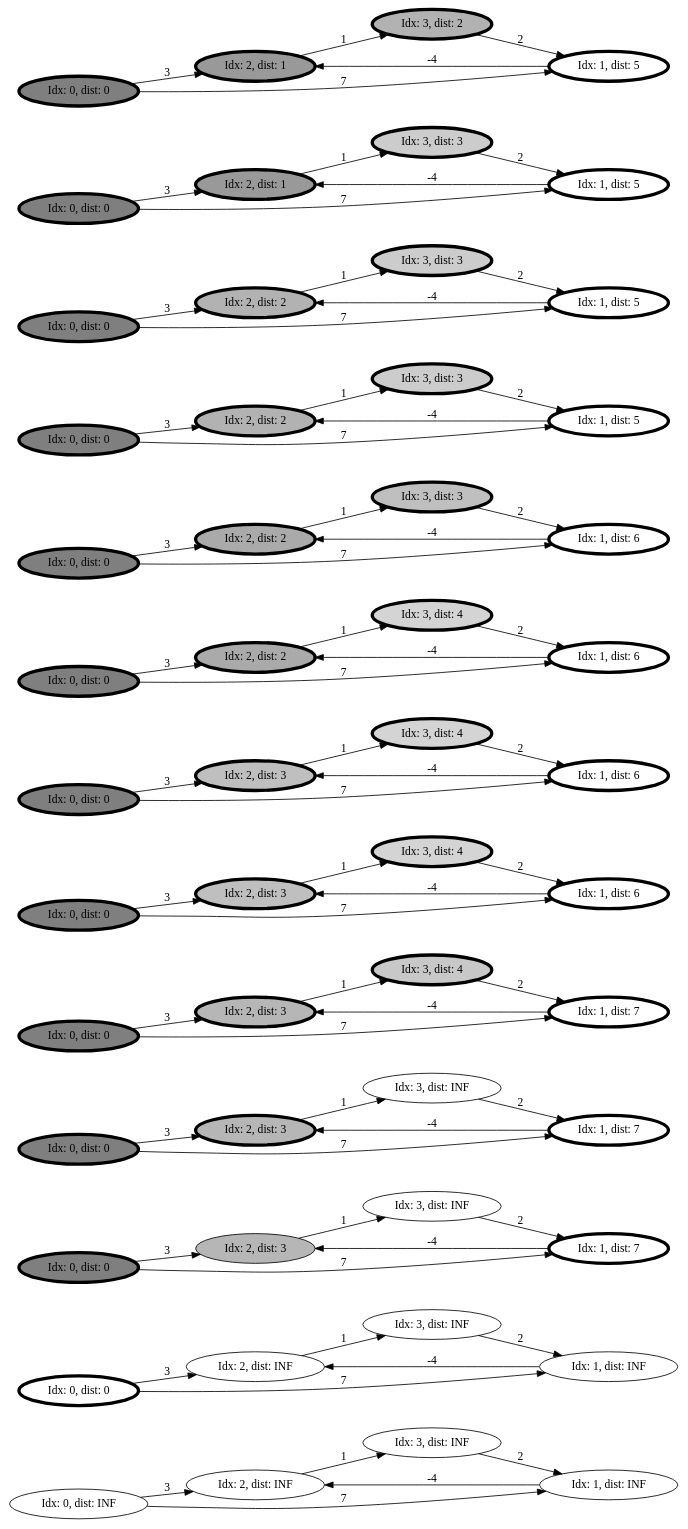
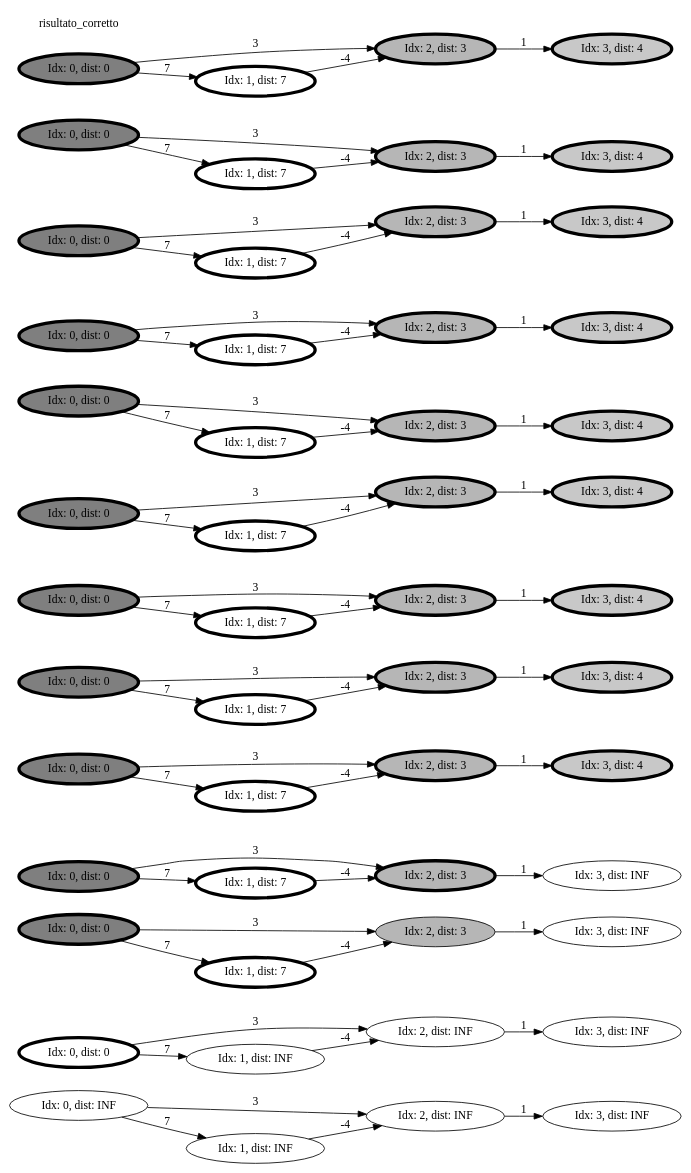
One commit to RossoMalpelooo/Algoritmi2 changed the diagram in Consegna 4/graph.dot. Above: the diagram before and after it, drawn with Graphviz. The commit also changed 3 other files, not shown here.

```diff
--- a/Consegna 4/graph.dot
+++ b/Consegna 4/graph.dot
@@ -1,174 +1,162 @@
 digraph g
 { 
 node [shape=none]
 rankdir="LR"
 node_0_0
 [ shape = oval; fillcolor = "0.0 0.0 inf"; style=filled; label = "Idx: 0, dist: INF" ];
 node_0_0 -> node_2_0 [ label="3", len=0.3 ]
 node_0_0 -> node_1_0 [ label="7", len=0.7 ]
 node_1_0
 [ shape = oval; fillcolor = "0.0 0.0 inf"; style=filled; label = "Idx: 1, dist: INF" ];
 node_1_0 -> node_2_0 [ label="-4", len=-0.4 ]
 node_2_0
 [ shape = oval; fillcolor = "0.0 0.0 inf"; style=filled; label = "Idx: 2, dist: INF" ];
 node_2_0 -> node_3_0 [ label="1", len=0.1 ]
 node_3_0
 [ shape = oval; fillcolor = "0.0 0.0 inf"; style=filled; label = "Idx: 3, dist: INF" ];
-node_3_0 -> node_1_0 [ label="2", len=0.2 ]
 node_0_1
 [ shape = oval; penwidth = 4; fillcolor = "0.0 0.0 -nan"; style=filled; label = "Idx: 0, dist: 0" ];
 node_0_1 -> node_2_1 [ label="3", len=0.3 ]
 node_0_1 -> node_1_1 [ label="7", len=0.7 ]
 node_1_1
 [ shape = oval; fillcolor = "0.0 0.0 inf"; style=filled; label = "Idx: 1, dist: INF" ];
 node_1_1 -> node_2_1 [ label="-4", len=-0.4 ]
 node_2_1
 [ shape = oval; fillcolor = "0.0 0.0 inf"; style=filled; label = "Idx: 2, dist: INF" ];
 node_2_1 -> node_3_1 [ label="1", len=0.1 ]
 node_3_1
 [ shape = oval; fillcolor = "0.0 0.0 inf"; style=filled; label = "Idx: 3, dist: INF" ];
-node_3_1 -> node_1_1 [ label="2", len=0.2 ]
 node_0_2
 [ shape = oval; penwidth = 4; fillcolor = "0.0 0.0 0.5"; style=filled; label = "Idx: 0, dist: 0" ];
 node_0_2 -> node_2_2 [ label="3", len=0.3 ]
 node_0_2 -> node_1_2 [ label="7", len=0.7 ]
 node_1_2
 [ shape = oval; penwidth = 4; fillcolor = "0.0 0.0 1"; style=filled; label = "Idx: 1, dist: 7" ];
 node_1_2 -> node_2_2 [ label="-4", len=-0.4 ]
 node_2_2
 [ shape = oval; fillcolor = "0.0 0.0 0.714286"; style=filled; label = "Idx: 2, dist: 3" ];
 node_2_2 -> node_3_2 [ label="1", len=0.1 ]
 node_3_2
 [ shape = oval; fillcolor = "0.0 0.0 71429.1"; style=filled; label = "Idx: 3, dist: INF" ];
-node_3_2 -> node_1_2 [ label="2", len=0.2 ]
 node_0_3
 [ shape = oval; penwidth = 4; fillcolor = "0.0 0.0 0.5"; style=filled; label = "Idx: 0, dist: 0" ];
 node_0_3 -> node_2_3 [ label="3", len=0.3 ]
 node_0_3 -> node_1_3 [ label="7", len=0.7 ]
 node_1_3
 [ shape = oval; penwidth = 4; fillcolor = "0.0 0.0 1"; style=filled; label = "Idx: 1, dist: 7" ];
 node_1_3 -> node_2_3 [ label="-4", len=-0.4 ]
 node_2_3
 [ shape = oval; penwidth = 4; fillcolor = "0.0 0.0 0.714286"; style=filled; label = "Idx: 2, dist: 3" ];
 node_2_3 -> node_3_3 [ label="1", len=0.1 ]
 node_3_3
 [ shape = oval; fillcolor = "0.0 0.0 71429.1"; style=filled; label = "Idx: 3, dist: INF" ];
-node_3_3 -> node_1_3 [ label="2", len=0.2 ]
 node_0_4
 [ shape = oval; penwidth = 4; fillcolor = "0.0 0.0 0.5"; style=filled; label = "Idx: 0, dist: 0" ];
 node_0_4 -> node_2_4 [ label="3", len=0.3 ]
 node_0_4 -> node_1_4 [ label="7", len=0.7 ]
 node_1_4
 [ shape = oval; penwidth = 4; fillcolor = "0.0 0.0 1"; style=filled; label = "Idx: 1, dist: 7" ];
 node_1_4 -> node_2_4 [ label="-4", len=-0.4 ]
 node_2_4
 [ shape = oval; penwidth = 4; fillcolor = "0.0 0.0 0.714286"; style=filled; label = "Idx: 2, dist: 3" ];
 node_2_4 -> node_3_4 [ label="1", len=0.1 ]
 node_3_4
 [ shape = oval; penwidth = 4; fillcolor = "0.0 0.0 0.785714"; style=filled; label = "Idx: 3, dist: 4" ];
-node_3_4 -> node_1_4 [ label="2", len=0.2 ]
 node_0_5
 [ shape = oval; penwidth = 4; fillcolor = "0.0 0.0 0.5"; style=filled; label = "Idx: 0, dist: 0" ];
 node_0_5 -> node_2_5 [ label="3", len=0.3 ]
 node_0_5 -> node_1_5 [ label="7", len=0.7 ]
 node_1_5
-[ shape = oval; penwidth = 4; fillcolor = "0.0 0.0 1"; style=filled; label = "Idx: 1, dist: 6" ];
+[ shape = oval; penwidth = 4; fillcolor = "0.0 0.0 1"; style=filled; label = "Idx: 1, dist: 7" ];
 node_1_5 -> node_2_5 [ label="-4", len=-0.4 ]
 node_2_5
-[ shape = oval; penwidth = 4; fillcolor = "0.0 0.0 0.75"; style=filled; label = "Idx: 2, dist: 3" ];
+[ shape = oval; penwidth = 4; fillcolor = "0.0 0.0 0.714286"; style=filled; label = "Idx: 2, dist: 3" ];
 node_2_5 -> node_3_5 [ label="1", len=0.1 ]
 node_3_5
-[ shape = oval; penwidth = 4; fillcolor = "0.0 0.0 0.833333"; style=filled; label = "Idx: 3, dist: 4" ];
-node_3_5 -> node_1_5 [ label="2", len=0.2 ]
+[ shape = oval; penwidth = 4; fillcolor = "0.0 0.0 0.785714"; style=filled; label = "Idx: 3, dist: 4" ];
 node_0_6
 [ shape = oval; penwidth = 4; fillcolor = "0.0 0.0 0.5"; style=filled; label = "Idx: 0, dist: 0" ];
 node_0_6 -> node_2_6 [ label="3", len=0.3 ]
 node_0_6 -> node_1_6 [ label="7", len=0.7 ]
 node_1_6
-[ shape = oval; penwidth = 4; fillcolor = "0.0 0.0 1"; style=filled; label = "Idx: 1, dist: 6" ];
+[ shape = oval; penwidth = 4; fillcolor = "0.0 0.0 1"; style=filled; label = "Idx: 1, dist: 7" ];
 node_1_6 -> node_2_6 [ label="-4", len=-0.4 ]
 node_2_6
-[ shape = oval; penwidth = 4; fillcolor = "0.0 0.0 0.75"; style=filled; label = "Idx: 2, dist: 3" ];
+[ shape = oval; penwidth = 4; fillcolor = "0.0 0.0 0.714286"; style=filled; label = "Idx: 2, dist: 3" ];
 node_2_6 -> node_3_6 [ label="1", len=0.1 ]
 node_3_6
-[ shape = oval; penwidth = 4; fillcolor = "0.0 0.0 0.833333"; style=filled; label = "Idx: 3, dist: 4" ];
-node_3_6 -> node_1_6 [ label="2", len=0.2 ]
+[ shape = oval; penwidth = 4; fillcolor = "0.0 0.0 0.785714"; style=filled; label = "Idx: 3, dist: 4" ];
 node_0_7
 [ shape = oval; penwidth = 4; fillcolor = "0.0 0.0 0.5"; style=filled; label = "Idx: 0, dist: 0" ];
 node_0_7 -> node_2_7 [ label="3", len=0.3 ]
 node_0_7 -> node_1_7 [ label="7", len=0.7 ]
 node_1_7
-[ shape = oval; penwidth = 4; fillcolor = "0.0 0.0 1"; style=filled; label = "Idx: 1, dist: 6" ];
+[ shape = oval; penwidth = 4; fillcolor = "0.0 0.0 1"; style=filled; label = "Idx: 1, dist: 7" ];
 node_1_7 -> node_2_7 [ label="-4", len=-0.4 ]
 node_2_7
-[ shape = oval; penwidth = 4; fillcolor = "0.0 0.0 0.666667"; style=filled; label = "Idx: 2, dist: 2" ];
+[ shape = oval; penwidth = 4; fillcolor = "0.0 0.0 0.714286"; style=filled; label = "Idx: 2, dist: 3" ];
 node_2_7 -> node_3_7 [ label="1", len=0.1 ]
 node_3_7
-[ shape = oval; penwidth = 4; fillcolor = "0.0 0.0 0.833333"; style=filled; label = "Idx: 3, dist: 4" ];
-node_3_7 -> node_1_7 [ label="2", len=0.2 ]
+[ shape = oval; penwidth = 4; fillcolor = "0.0 0.0 0.785714"; style=filled; label = "Idx: 3, dist: 4" ];
 node_0_8
 [ shape = oval; penwidth = 4; fillcolor = "0.0 0.0 0.5"; style=filled; label = "Idx: 0, dist: 0" ];
 node_0_8 -> node_2_8 [ label="3", len=0.3 ]
 node_0_8 -> node_1_8 [ label="7", len=0.7 ]
 node_1_8
-[ shape = oval; penwidth = 4; fillcolor = "0.0 0.0 1"; style=filled; label = "Idx: 1, dist: 6" ];
+[ shape = oval; penwidth = 4; fillcolor = "0.0 0.0 1"; style=filled; label = "Idx: 1, dist: 7" ];
 node_1_8 -> node_2_8 [ label="-4", len=-0.4 ]
 node_2_8
-[ shape = oval; penwidth = 4; fillcolor = "0.0 0.0 0.666667"; style=filled; label = "Idx: 2, dist: 2" ];
+[ shape = oval; penwidth = 4; fillcolor = "0.0 0.0 0.714286"; style=filled; label = "Idx: 2, dist: 3" ];
 node_2_8 -> node_3_8 [ label="1", len=0.1 ]
 node_3_8
-[ shape = oval; penwidth = 4; fillcolor = "0.0 0.0 0.75"; style=filled; label = "Idx: 3, dist: 3" ];
-node_3_8 -> node_1_8 [ label="2", len=0.2 ]
+[ shape = oval; penwidth = 4; fillcolor = "0.0 0.0 0.785714"; style=filled; label = "Idx: 3, dist: 4" ];
 node_0_9
 [ shape = oval; penwidth = 4; fillcolor = "0.0 0.0 0.5"; style=filled; label = "Idx: 0, dist: 0" ];
 node_0_9 -> node_2_9 [ label="3", len=0.3 ]
 node_0_9 -> node_1_9 [ label="7", len=0.7 ]
 node_1_9
-[ shape = oval; penwidth = 4; fillcolor = "0.0 0.0 1"; style=filled; label = "Idx: 1, dist: 5" ];
+[ shape = oval; penwidth = 4; fillcolor = "0.0 0.0 1"; style=filled; label = "Idx: 1, dist: 7" ];
 node_1_9 -> node_2_9 [ label="-4", len=-0.4 ]
 node_2_9
-[ shape = oval; penwidth = 4; fillcolor = "0.0 0.0 0.7"; style=filled; label = "Idx: 2, dist: 2" ];
+[ shape = oval; penwidth = 4; fillcolor = "0.0 0.0 0.714286"; style=filled; label = "Idx: 2, dist: 3" ];
 node_2_9 -> node_3_9 [ label="1", len=0.1 ]
 node_3_9
-[ shape = oval; penwidth = 4; fillcolor = "0.0 0.0 0.8"; style=filled; label = "Idx: 3, dist: 3" ];
-node_3_9 -> node_1_9 [ label="2", len=0.2 ]
+[ shape = oval; penwidth = 4; fillcolor = "0.0 0.0 0.785714"; style=filled; label = "Idx: 3, dist: 4" ];
 node_0_10
 [ shape = oval; penwidth = 4; fillcolor = "0.0 0.0 0.5"; style=filled; label = "Idx: 0, dist: 0" ];
 node_0_10 -> node_2_10 [ label="3", len=0.3 ]
 node_0_10 -> node_1_10 [ label="7", len=0.7 ]
 node_1_10
-[ shape = oval; penwidth = 4; fillcolor = "0.0 0.0 1"; style=filled; label = "Idx: 1, dist: 5" ];
+[ shape = oval; penwidth = 4; fillcolor = "0.0 0.0 1"; style=filled; label = "Idx: 1, dist: 7" ];
 node_1_10 -> node_2_10 [ label="-4", len=-0.4 ]
 node_2_10
-[ shape = oval; penwidth = 4; fillcolor = "0.0 0.0 0.7"; style=filled; label = "Idx: 2, dist: 2" ];
+[ shape = oval; penwidth = 4; fillcolor = "0.0 0.0 0.714286"; style=filled; label = "Idx: 2, dist: 3" ];
 node_2_10 -> node_3_10 [ label="1", len=0.1 ]
 node_3_10
-[ shape = oval; penwidth = 4; fillcolor = "0.0 0.0 0.8"; style=filled; label = "Idx: 3, dist: 3" ];
-node_3_10 -> node_1_10 [ label="2", len=0.2 ]
+[ shape = oval; penwidth = 4; fillcolor = "0.0 0.0 0.785714"; style=filled; label = "Idx: 3, dist: 4" ];
 node_0_11
 [ shape = oval; penwidth = 4; fillcolor = "0.0 0.0 0.5"; style=filled; label = "Idx: 0, dist: 0" ];
 node_0_11 -> node_2_11 [ label="3", len=0.3 ]
 node_0_11 -> node_1_11 [ label="7", len=0.7 ]
 node_1_11
-[ shape = oval; penwidth = 4; fillcolor = "0.0 0.0 1"; style=filled; label = "Idx: 1, dist: 5" ];
+[ shape = oval; penwidth = 4; fillcolor = "0.0 0.0 1"; style=filled; label = "Idx: 1, dist: 7" ];
 node_1_11 -> node_2_11 [ label="-4", len=-0.4 ]
 node_2_11
-[ shape = oval; penwidth = 4; fillcolor = "0.0 0.0 0.6"; style=filled; label = "Idx: 2, dist: 1" ];
+[ shape = oval; penwidth = 4; fillcolor = "0.0 0.0 0.714286"; style=filled; label = "Idx: 2, dist: 3" ];
 node_2_11 -> node_3_11 [ label="1", len=0.1 ]
 node_3_11
-[ shape = oval; penwidth = 4; fillcolor = "0.0 0.0 0.8"; style=filled; label = "Idx: 3, dist: 3" ];
-node_3_11 -> node_1_11 [ label="2", len=0.2 ]
+[ shape = oval; penwidth = 4; fillcolor = "0.0 0.0 0.785714"; style=filled; label = "Idx: 3, dist: 4" ];
 node_0_12
 [ shape = oval; penwidth = 4; fillcolor = "0.0 0.0 0.5"; style=filled; label = "Idx: 0, dist: 0" ];
 node_0_12 -> node_2_12 [ label="3", len=0.3 ]
 node_0_12 -> node_1_12 [ label="7", len=0.7 ]
 node_1_12
-[ shape = oval; penwidth = 4; fillcolor = "0.0 0.0 1"; style=filled; label = "Idx: 1, dist: 5" ];
+[ shape = oval; penwidth = 4; fillcolor = "0.0 0.0 1"; style=filled; label = "Idx: 1, dist: 7" ];
 node_1_12 -> node_2_12 [ label="-4", len=-0.4 ]
 node_2_12
-[ shape = oval; penwidth = 4; fillcolor = "0.0 0.0 0.6"; style=filled; label = "Idx: 2, dist: 1" ];
+[ shape = oval; penwidth = 4; fillcolor = "0.0 0.0 0.714286"; style=filled; label = "Idx: 2, dist: 3" ];
 node_2_12 -> node_3_12 [ label="1", len=0.1 ]
 node_3_12
-[ shape = oval; penwidth = 4; fillcolor = "0.0 0.0 0.7"; style=filled; label = "Idx: 3, dist: 2" ];
-node_3_12 -> node_1_12 [ label="2", len=0.2 ]
+[ shape = oval; penwidth = 4; fillcolor = "0.0 0.0 0.785714"; style=filled; label = "Idx: 3, dist: 4" ];
+risultato_corretto
 }
```
